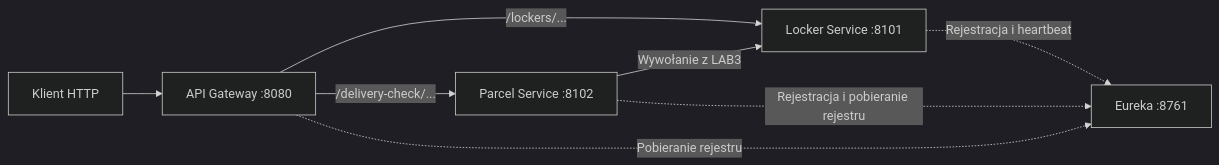
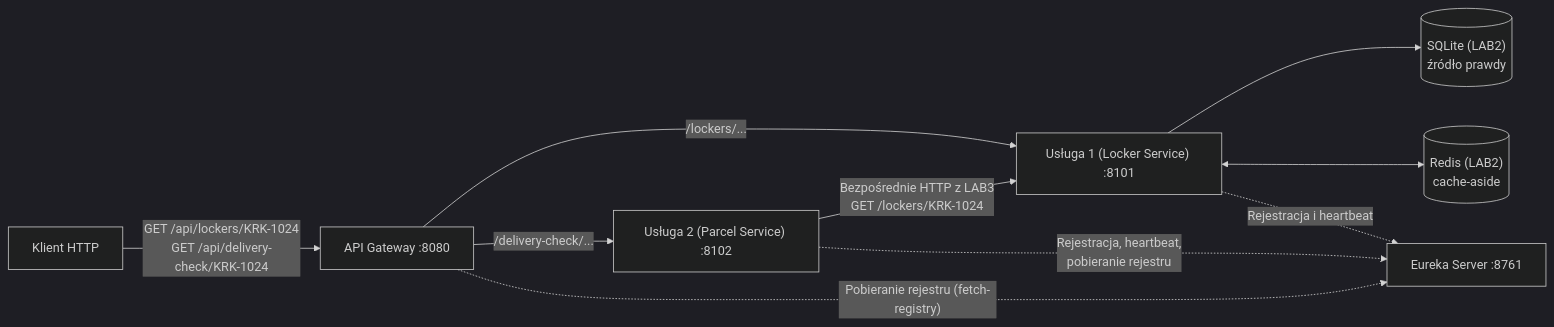
The first of 2 diagrams in 2026_2027/lab4/README.md (wgalka/PAWOoM), drawn with Mermaid (dark theme) before and after one commit. The commit also changed other lines of this file and 37 other files, not shown here.

```diff
--- a/2026_2027/lab4/README.md
+++ b/2026_2027/lab4/README.md
@@ -57,10 +85,12 @@
 <pre class="mermaid">
 flowchart LR
-    K["Klient HTTP"] --> G["API Gateway :8080"]
-    G -->|"/lockers/..."| L["Locker Service :8101"]
-    G -->|"/delivery-check/..."| P["Parcel Service :8102"]
-    P -->|"Wywołanie z LAB3"| L
-    G -.->|"Pobieranie rejestru"| E["Eureka :8761"]
-    P -.->|"Rejestracja i pobieranie rejestru"| E
+    K["Klient HTTP"] -->|"GET /api/lockers/KRK-1024<br/>GET /api/delivery-check/KRK-1024"| G["API Gateway :8080"]
+    G -->|"/lockers/..."| L["Usługa 1 (Locker Service) :8101"]
+    G -->|"/delivery-check/..."| P["Usługa 2 (Parcel Service) :8102"]
+    P -->|"Bezpośrednie HTTP z LAB3<br/>GET /lockers/KRK-1024"| L
+    L --> DB[("SQLite (LAB2)<br/>źródło prawdy")]
+    L <--> R[("Redis (LAB2)<br/>cache-aside")]
+    G -.->|"Pobieranie rejestru (fetch-registry)"| E["Eureka Server :8761"]
+    P -.->|"Rejestracja, heartbeat,<br/>pobieranie rejestru"| E
     L -.->|"Rejestracja i heartbeat"| E
 </pre>
```
